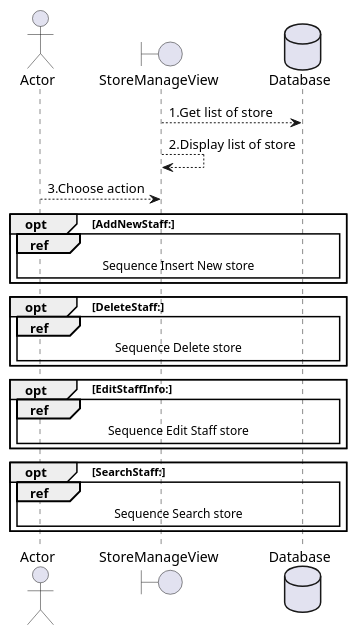
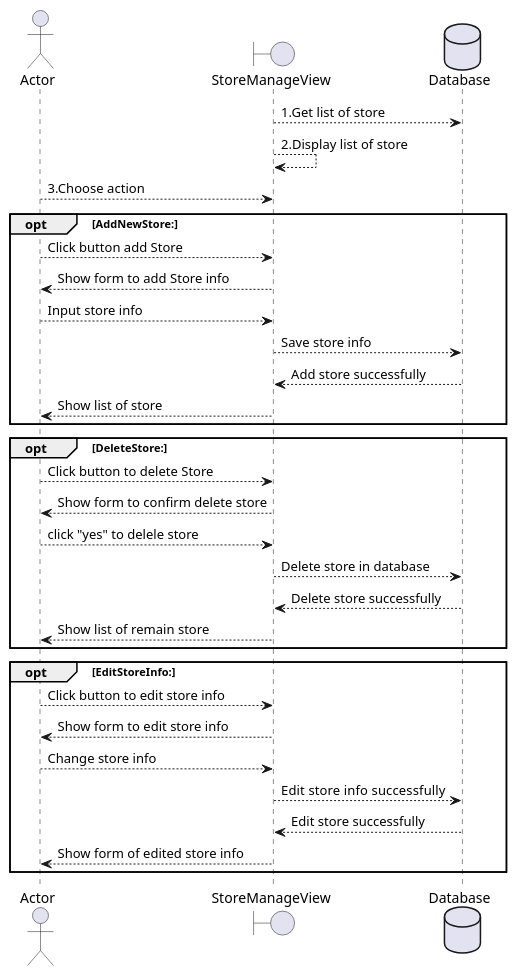
Before and after one commit to vanlinh1602/SE357-Pratice-class: the diagram in Lab 1/Lab1.2/Sequence Diagram/QLCuaHang.pu, drawn with PlantUML. The commit also changed 13 other files, not shown here.

First line of the commit message:
update sequence diagram

```diff
--- a/Lab 1/Lab1.2/Sequence Diagram/QLCuaHang.pu
+++ b/Lab 1/Lab1.2/Sequence Diagram/QLCuaHang.pu
@@ -1,27 +1,39 @@
 @startuml QL cua hang
 
 actor Actor 
 boundary StoreManageView 
 database Database 
 
 StoreManageView --> Database: 1.Get list of store
 StoreManageView --> StoreManageView: 2.Display list of store
 Actor --> StoreManageView: 3.Choose action
 
-opt AddNewStaff:
-    ref over Actor, StoreManageView, Database: Sequence Insert New store
+opt AddNewStore:
+Actor --> StoreManageView: Click button add Store
+StoreManageView --> Actor: Show form to add Store info
+Actor --> StoreManageView: Input store info
+StoreManageView --> Database: Save store info
+Database --> StoreManageView: Add store successfully
+StoreManageView --> Actor: Show list of store
 end   
 
-opt DeleteStaff:
-    ref over Actor, StoreManageView, Database: Sequence Delete store
+opt DeleteStore:
+Actor --> StoreManageView: Click button to delete Store
+StoreManageView --> Actor: Show form to confirm delete store
+Actor --> StoreManageView: click "yes" to delele store
+StoreManageView --> Database: Delete store in database
+Database --> StoreManageView: Delete store successfully
+StoreManageView --> Actor: Show list of remain store
 end
 
-opt EditStaffInfo:
-    ref over Actor, StoreManageView, Database: Sequence Edit Staff store
+opt EditStoreInfo:
+Actor --> StoreManageView: Click button to edit store info
+StoreManageView --> Actor: Show form to edit store info
+Actor --> StoreManageView: Change store info
+StoreManageView --> Database: Edit  store info successfully
+Database --> StoreManageView: Edit store successfully
+StoreManageView --> Actor: Show form of edited store info
 end   
 
-opt SearchStaff:
-    ref over Actor, StoreManageView, Database: Sequence Search store
-end  
 
 @enduml
```
